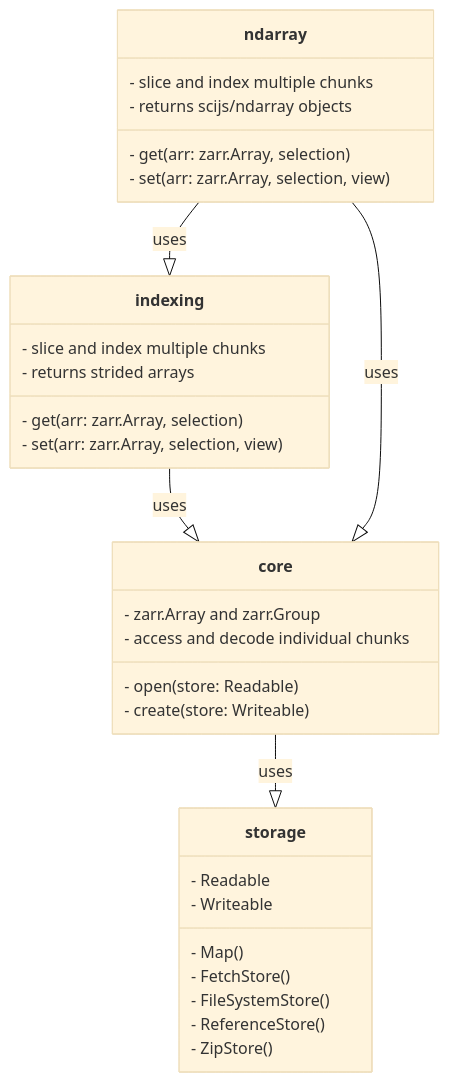
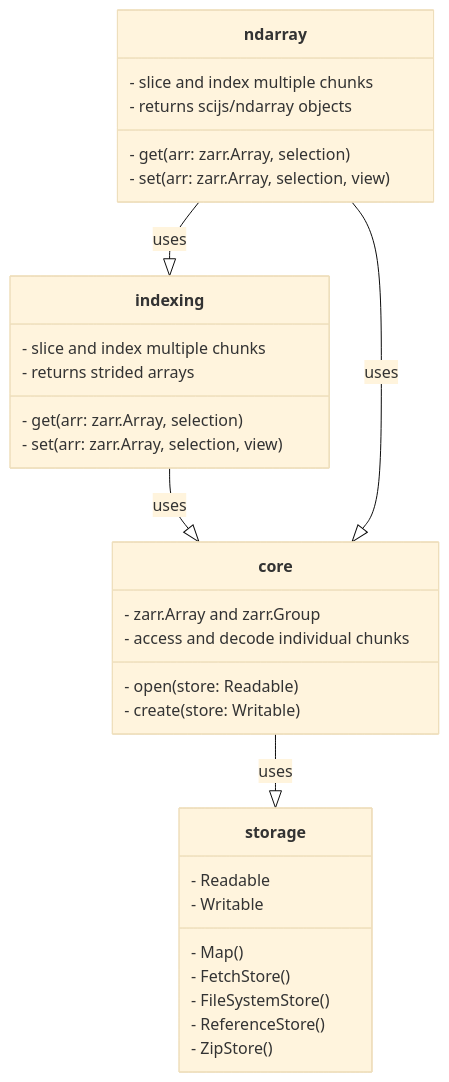
One commit to manzt/zarrita.js changed the diagram in README.md. Above: the diagram before and after it, drawn with Mermaid (base theme). The commit also changed 5 other files, not shown here.

Commit message:
fix(storage): Rename type Writeable to Writable

````diff
--- a/README.md
+++ b/README.md
@@ -65,38 +65,38 @@
 ```mermaid
 classDiagram
     indexing --|> core : uses
     ndarray --|> indexing : uses
     ndarray --|> core : uses
     core --|> storage : uses
 
     class indexing {
         - get(arr: zarr.Array, selection)
         - set(arr: zarr.Array, selection, view)
         - slice and index multiple chunks
         - returns strided arrays
     }
 
     class ndarray {
         - get(arr: zarr.Array, selection)
         - set(arr: zarr.Array,  selection, view)
         - slice and index multiple chunks
         - returns scijs/ndarray objects
     }
 
     class core {
         - open(store: Readable)
-        - create(store: Writeable)
+        - create(store: Writable)
         - zarr.Array and zarr.Group
         - access and decode individual chunks
     }
 
     class storage {
         - Readable
-        - Writeable
+        - Writable
         - Map()
         - FetchStore()
         - FileSystemStore()
         - ReferenceStore()
         - ZipStore()
     }
 ```
````
